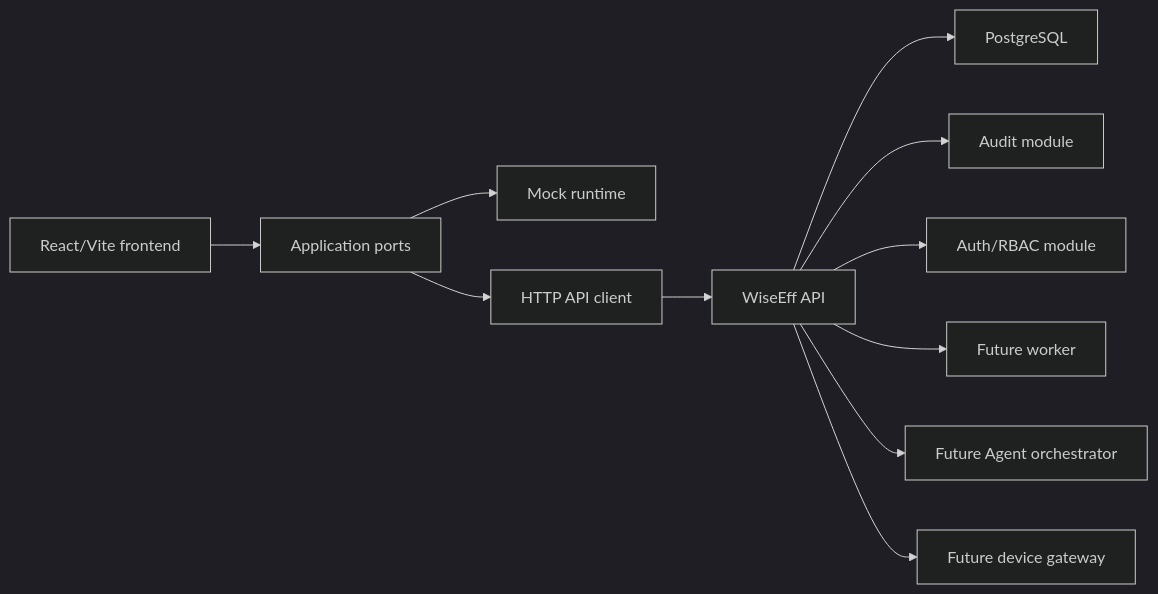
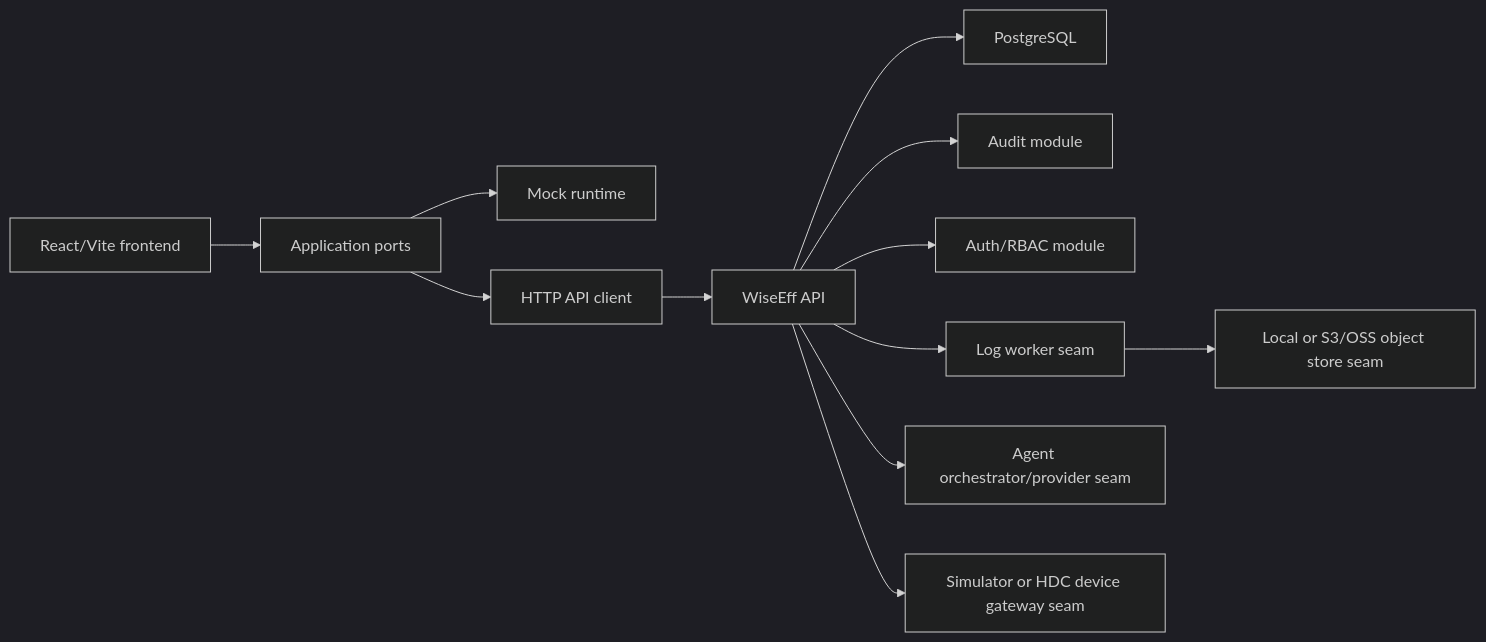
One commit to tzrea1-Q/WiseEff changed the diagram in ARCHITECTURE.md. Above: the diagram before and after it, drawn with Mermaid (dark theme). The commit also changed other lines of this file and 33 other files, not shown here.

````diff
--- a/ARCHITECTURE.md
+++ b/ARCHITECTURE.md
@@ -7,13 +9,14 @@
 ```mermaid
 flowchart LR
   Browser["React/Vite frontend"] --> Ports["Application ports"]
   Ports --> Mock["Mock runtime"]
   Ports --> Http["HTTP API client"]
   Http --> Api["WiseEff API"]
   Api --> Db["PostgreSQL"]
   Api --> Audit["Audit module"]
   Api --> Auth["Auth/RBAC module"]
-  Api --> Worker["Future worker"]
-  Api --> Agent["Future Agent orchestrator"]
-  Api --> Gateway["Future device gateway"]
+  Api --> Worker["Log worker seam"]
+  Worker --> ObjectStore["Local or S3/OSS object store seam"]
+  Api --> Agent["Agent orchestrator/provider seam"]
+  Api --> Gateway["Simulator or HDC device gateway seam"]
 ```
````
